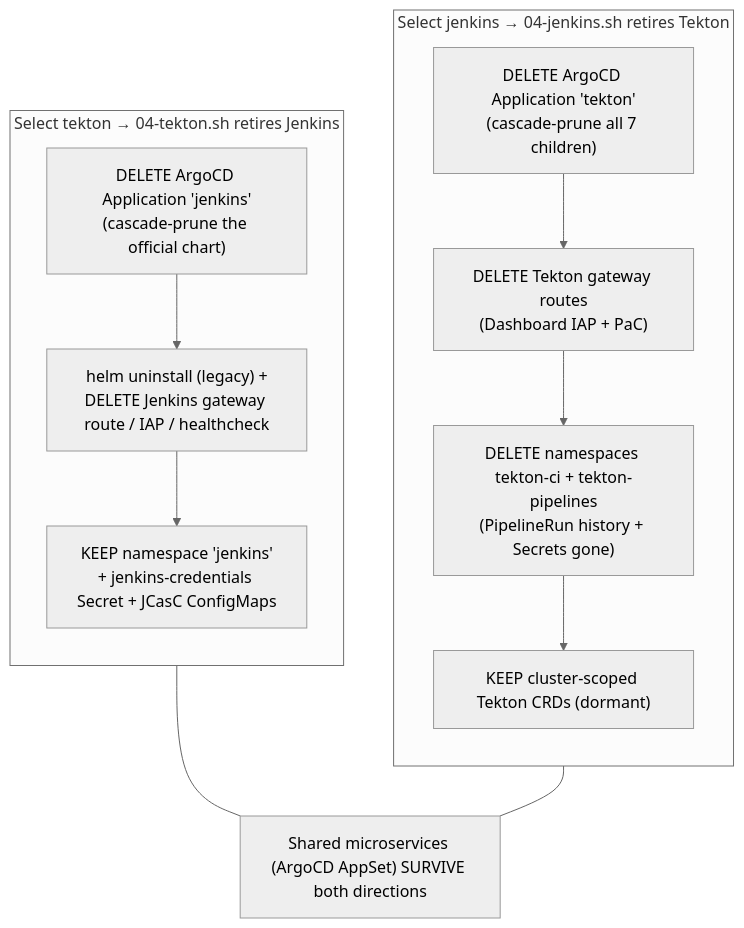
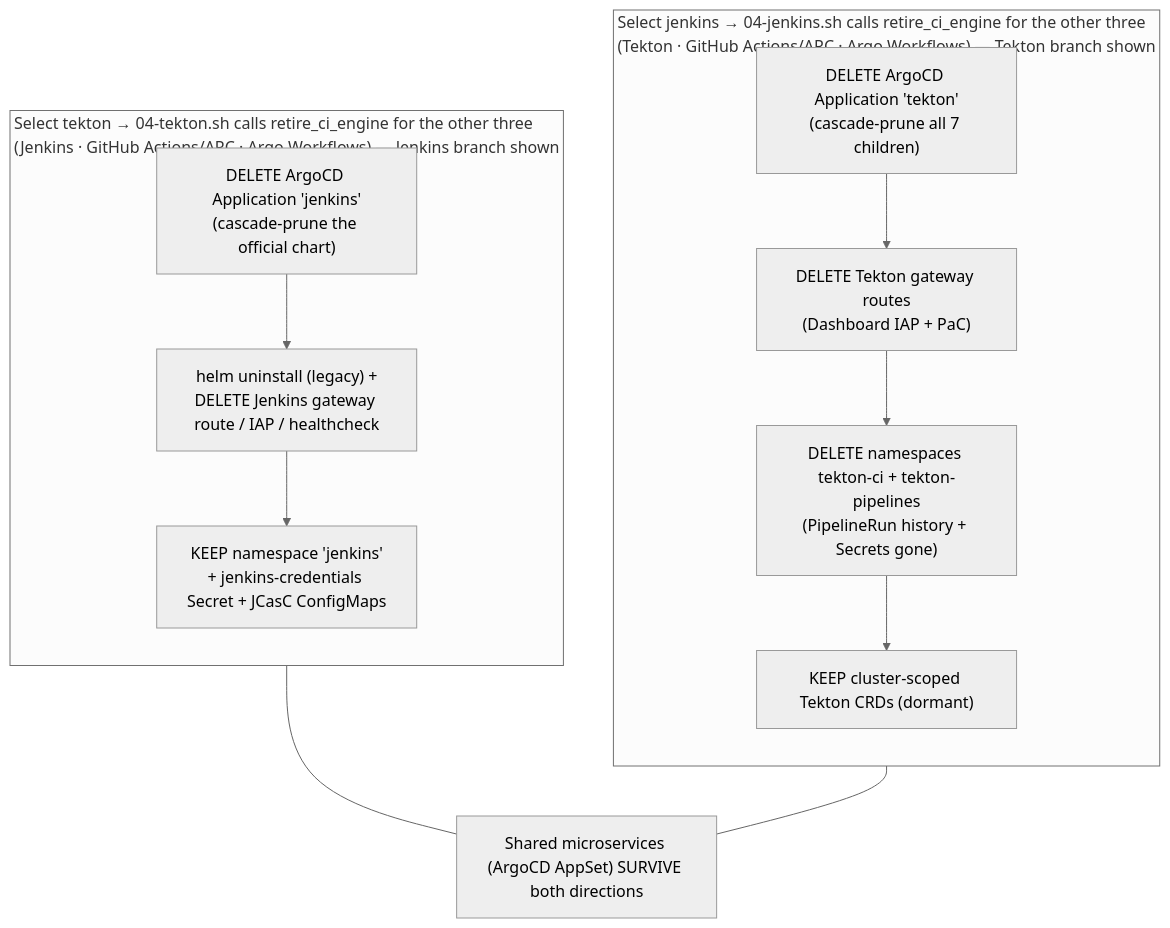
One commit to nubenetes/jenkins-2026 changed the sixth of 10 diagrams in docs/403-TEKTON.md. Above: the diagram before and after it, drawn with Mermaid (neutral theme). The commit also changed other lines of this file and 4 other files, not shown here.

First line of the commit message:
docs: align remaining mermaid diagrams with main + fix 2 pre-existing broken diagrams (#478)

````diff
--- a/docs/403-TEKTON.md
+++ b/docs/403-TEKTON.md
@@ -318,21 +318,21 @@
 ```mermaid
 flowchart TD
-    subgraph TT["Select tekton → 04-tekton.sh retires Jenkins"]
+    subgraph TT["Select tekton → 04-tekton.sh calls retire_ci_engine for the other three<br/>(Jenkins · GitHub Actions/ARC · Argo Workflows) — Jenkins branch shown"]
       direction TB
       A1["DELETE ArgoCD Application 'jenkins'<br/>(cascade-prune the official chart)"]
       A2["helm uninstall (legacy) +<br/>DELETE Jenkins gateway route / IAP / healthcheck"]
       A3["KEEP namespace 'jenkins'<br/>+ jenkins-credentials Secret + JCasC ConfigMaps"]
       A1 --> A2 --> A3
     end
-    subgraph TJ["Select jenkins → 04-jenkins.sh retires Tekton"]
+    subgraph TJ["Select jenkins → 04-jenkins.sh calls retire_ci_engine for the other three<br/>(Tekton · GitHub Actions/ARC · Argo Workflows) — Tekton branch shown"]
       direction TB
       B1["DELETE ArgoCD Application 'tekton'<br/>(cascade-prune all 7 children)"]
       B2["DELETE Tekton gateway routes<br/>(Dashboard IAP + PaC)"]
       B3["DELETE namespaces tekton-ci + tekton-pipelines<br/>(PipelineRun history + Secrets gone)"]
       B4["KEEP cluster-scoped Tekton CRDs (dormant)"]
       B1 --> B2 --> B3 --> B4
     end
     SURV["Shared microservices (ArgoCD AppSet) SURVIVE both directions"]
     TT --- SURV
     TJ --- SURV
 ```
````
